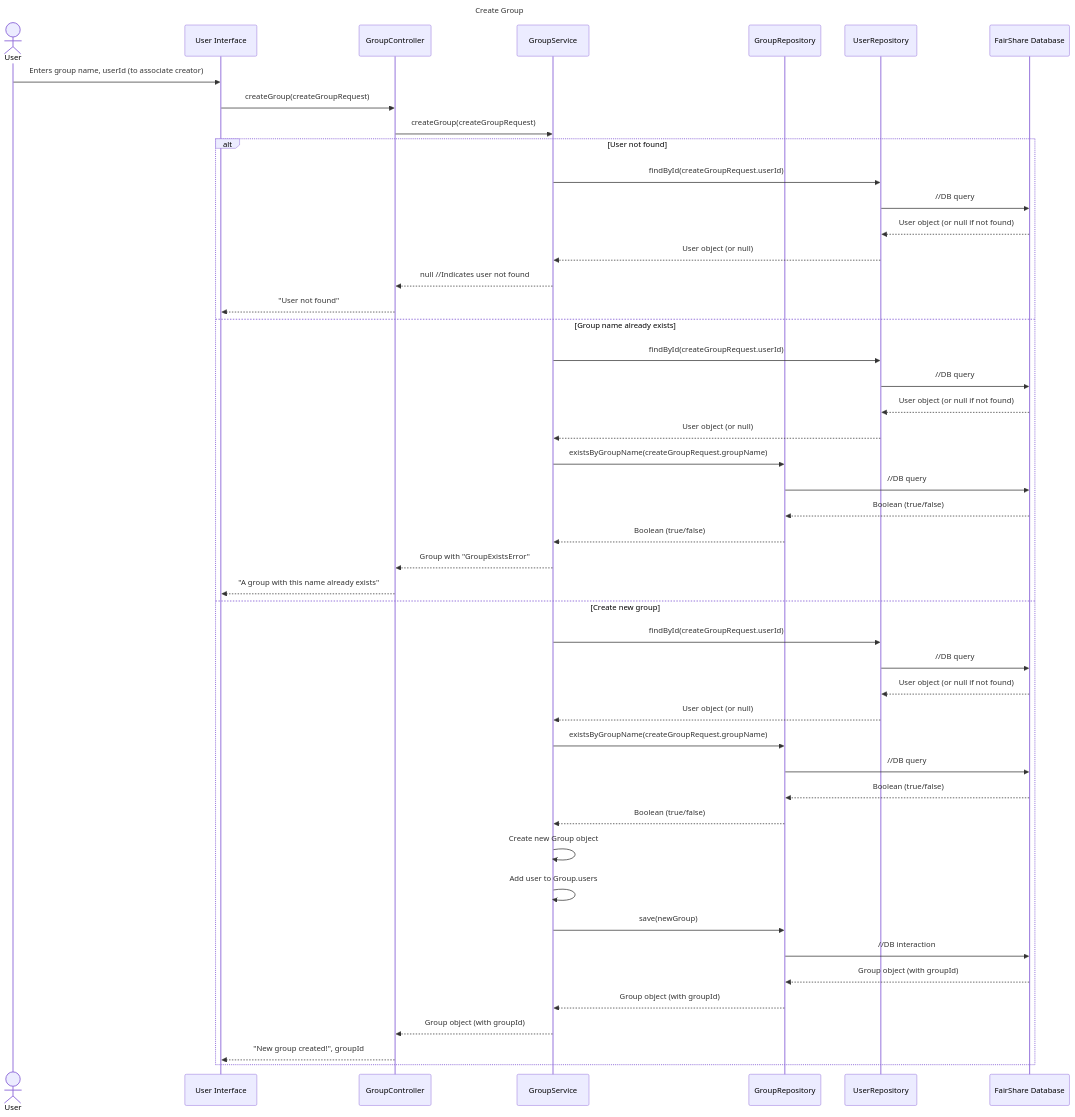
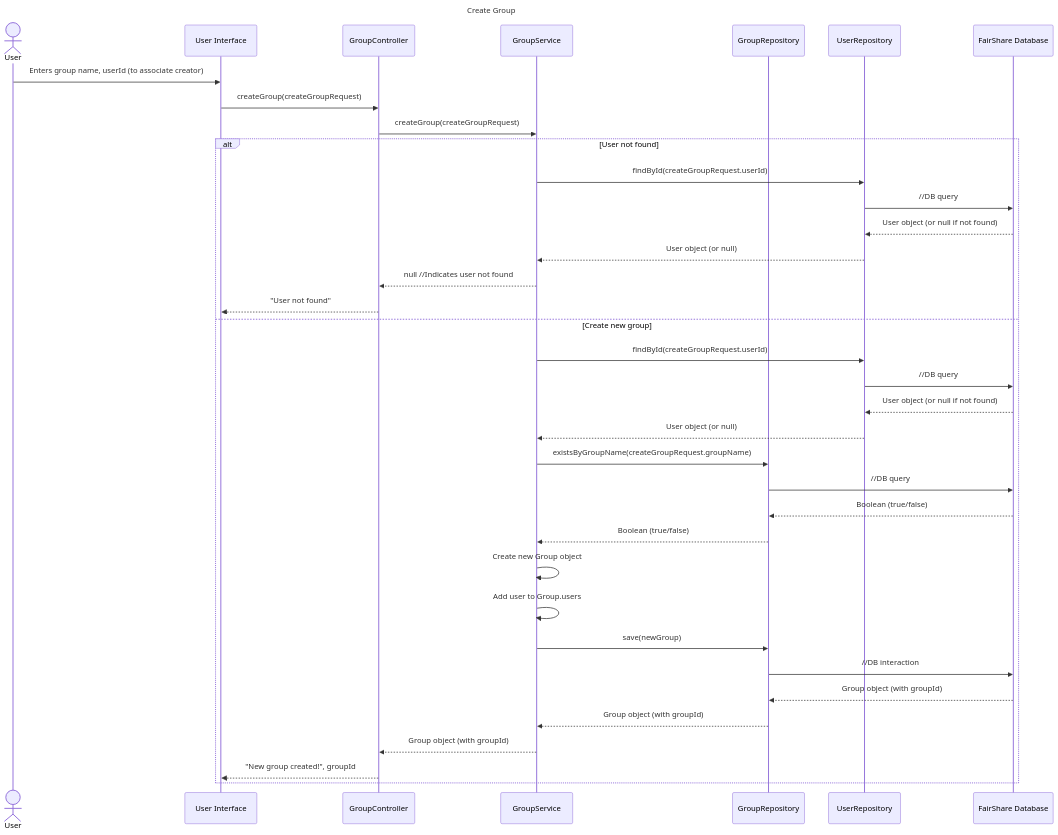
Before and after one commit to UniOfGreenwich/elee1149-coursework--team-chlk: the diagram in ArchitectureDiagrams/SequenceDiagrams/CreateGroup.mmd, drawn with Mermaid. The commit also changed 1 other file, not shown here.

Commit message:
Modified create group and expense sequence diagrams

```diff
--- a/ArchitectureDiagrams/SequenceDiagrams/CreateGroup.mmd
+++ b/ArchitectureDiagrams/SequenceDiagrams/CreateGroup.mmd
@@ -1,51 +1,40 @@
 
 sequenceDiagram
     title Create Group
     actor User
     participant User Interface
     participant GroupController
     participant GroupService
     participant GroupRepository
     participant UserRepository
     participant FairShare Database
 
     User->>User Interface: Enters group name, userId (to associate creator)
     User Interface->>GroupController: createGroup(createGroupRequest)
     GroupController->>GroupService: createGroup(createGroupRequest)
 
     alt User not found
         GroupService->>UserRepository: findById(createGroupRequest.userId)
         UserRepository->>FairShare Database: //DB query
         FairShare Database-->>UserRepository: User object (or null if not found)
         UserRepository-->>GroupService: User object (or null)
         GroupService-->>GroupController: null //Indicates user not found
         GroupController-->>User Interface: "User not found"
-    else Group name already exists
-        GroupService->>UserRepository: findById(createGroupRequest.userId)
-        UserRepository->>FairShare Database: //DB query
-        FairShare Database-->>UserRepository: User object (or null if not found)
-        UserRepository-->>GroupService: User object (or null)
-        GroupService->>GroupRepository: existsByGroupName(createGroupRequest.groupName)
-        GroupRepository->>FairShare Database: //DB query
-        FairShare Database-->>GroupRepository: Boolean (true/false)
-        GroupRepository-->>GroupService: Boolean (true/false)
-        GroupService-->>GroupController: Group with "GroupExistsError"
-        GroupController-->>User Interface: "A group with this name already exists"
     else Create new group
         GroupService->>UserRepository: findById(createGroupRequest.userId)
         UserRepository->>FairShare Database: //DB query
         FairShare Database-->>UserRepository: User object (or null if not found)
         UserRepository-->>GroupService: User object (or null)
         GroupService->>GroupRepository: existsByGroupName(createGroupRequest.groupName)
         GroupRepository->>FairShare Database: //DB query
         FairShare Database-->>GroupRepository: Boolean (true/false)
         GroupRepository-->>GroupService: Boolean (true/false)
         GroupService->>GroupService: Create new Group object
         GroupService->>GroupService: Add user to Group.users
         GroupService->>GroupRepository: save(newGroup)
         GroupRepository->>FairShare Database: //DB interaction
         FairShare Database-->>GroupRepository: Group object (with groupId)
         GroupRepository-->>GroupService: Group object (with groupId)
         GroupService-->>GroupController: Group object (with groupId)
         GroupController-->>User Interface: "New group created!", groupId
     end
```
